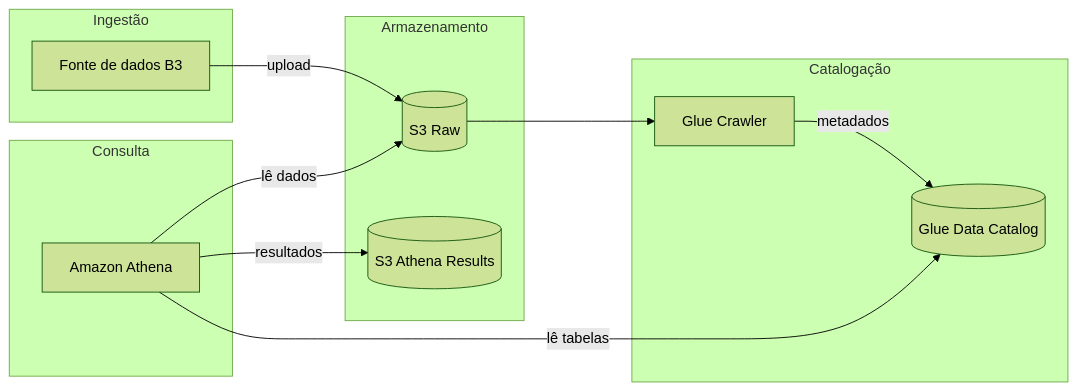
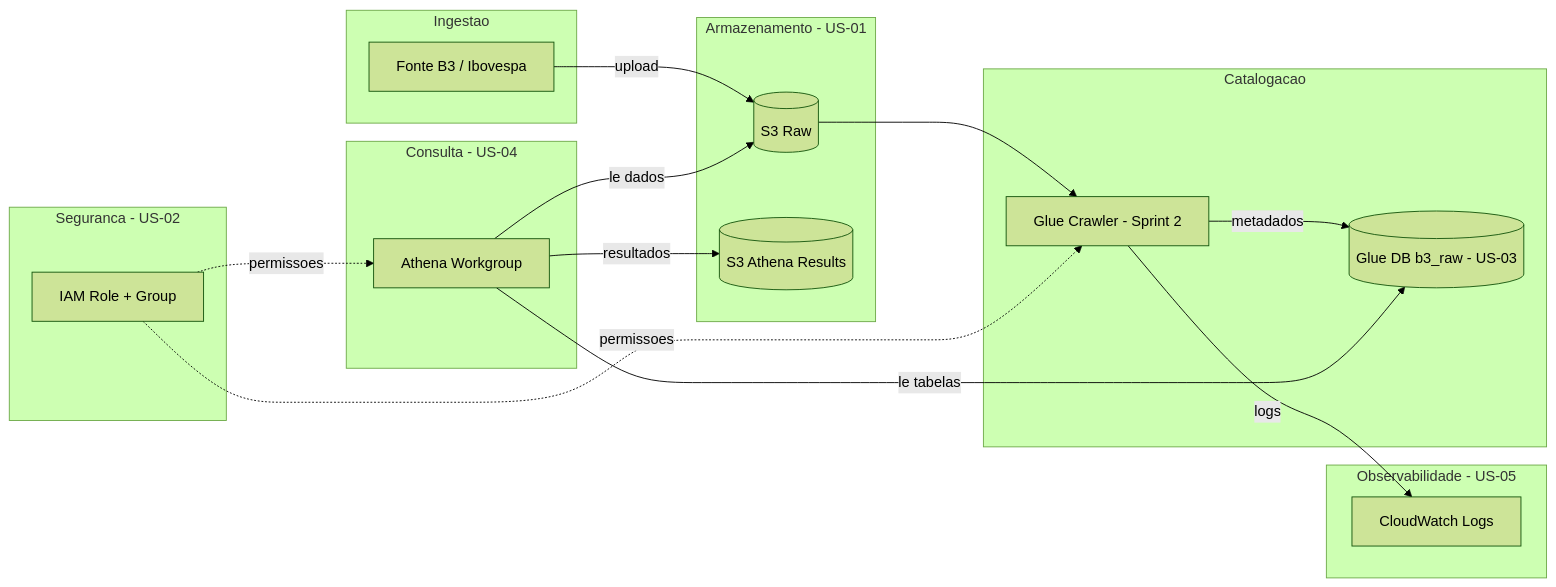
The diagram in docs/architecture.md (welligtoncos/glue-b3-pipeline), drawn with Mermaid (forest theme) before and after one commit. The commit also changed other lines of this file and 10 other files, not shown here.

````diff
--- a/docs/architecture.md
+++ b/docs/architecture.md
@@ -7,27 +7,38 @@
 ```mermaid
 flowchart LR
-    subgraph ingestao [Ingestão]
-        SRC[Fonte de dados B3]
+    subgraph ingestao [Ingestao]
+        SRC[Fonte B3 / Ibovespa]
     end
 
-    subgraph storage [Armazenamento]
+    subgraph storage [Armazenamento - US-01]
         RAW[(S3 Raw)]
         RESULTS[(S3 Athena Results)]
     end
 
-    subgraph catalog [Catalogação]
-        CRAWLER[Glue Crawler]
-        CATALOG[(Glue Data Catalog)]
+    subgraph security [Seguranca - US-02]
+        IAM[IAM Role + Group]
     end
 
-    subgraph query [Consulta]
-        ATHENA[Amazon Athena]
+    subgraph catalog [Catalogacao]
+        DB[(Glue DB b3_raw - US-03)]
+        CRAWLER[Glue Crawler - Sprint 2]
+    end
+
+    subgraph query [Consulta - US-04]
+        ATHENA[Athena Workgroup]
+    end
+
+    subgraph obs [Observabilidade - US-05]
+        CW[CloudWatch Logs]
     end
 
     SRC -->|upload| RAW
     RAW --> CRAWLER
-    CRAWLER -->|metadados| CATALOG
-    ATHENA -->|lê tabelas| CATALOG
-    ATHENA -->|lê dados| RAW
+    CRAWLER -->|metadados| DB
+    CRAWLER -->|logs| CW
+    ATHENA -->|le tabelas| DB
+    ATHENA -->|le dados| RAW
     ATHENA -->|resultados| RESULTS
+    IAM -.->|permissoes| CRAWLER
+    IAM -.->|permissoes| ATHENA
 ```
````
